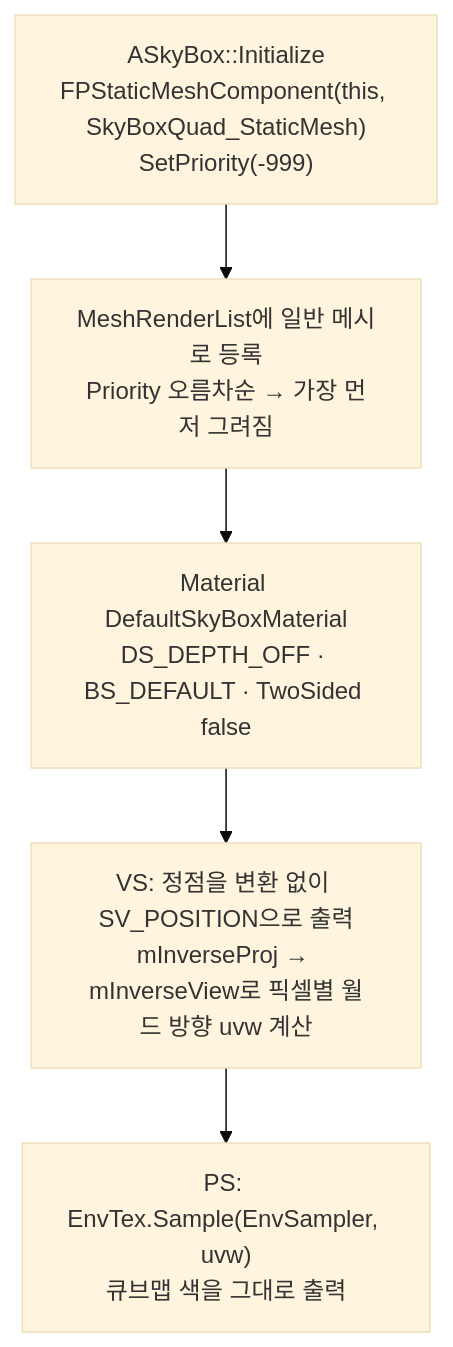
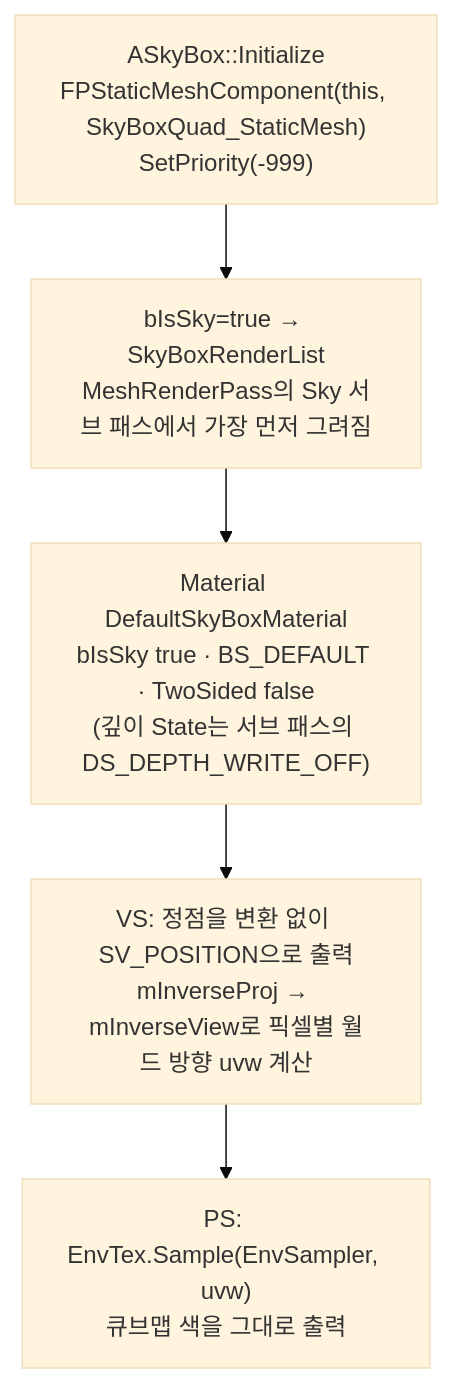
Diagram 14 of 26 in README.md (Gat-Young/ForestPearlEngine), drawn with Mermaid (base theme) before and after one commit. The commit also changed other lines of this file, not shown here.

````diff
--- a/README.md
+++ b/README.md
@@ -1297,7 +1342,7 @@
 ```mermaid
 flowchart TD
-    A["ASkyBox::Initialize<br/>FPStaticMeshComponent(this, SkyBoxQuad_StaticMesh)<br/>SetPriority(-999)"] --> B["MeshRenderList에 일반 메시로 등록<br/>Priority 오름차순 → 가장 먼저 그려짐"]
-    B --> C["Material DefaultSkyBoxMaterial<br/>DS_DEPTH_OFF · BS_DEFAULT · TwoSided false"]
+    A["ASkyBox::Initialize<br/>FPStaticMeshComponent(this, SkyBoxQuad_StaticMesh)<br/>SetPriority(-999)"] --> B["bIsSky=true → SkyBoxRenderList<br/>MeshRenderPass의 Sky 서브 패스에서 가장 먼저 그려짐"]
+    B --> C["Material DefaultSkyBoxMaterial<br/>bIsSky true · BS_DEFAULT · TwoSided false<br/>(깊이 State는 서브 패스의 DS_DEPTH_WRITE_OFF)"]
     C --> D["VS: 정점을 변환 없이 SV_POSITION으로 출력<br/>mInverseProj → mInverseView로 픽셀별 월드 방향 uvw 계산"]
     D --> E["PS: EnvTex.Sample(EnvSampler, uvw)<br/>큐브맵 색을 그대로 출력"]
 ```
````
